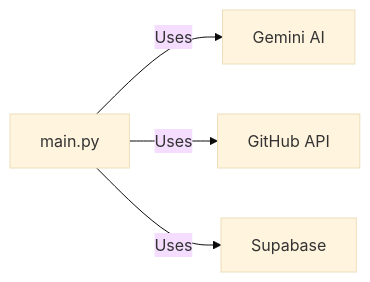
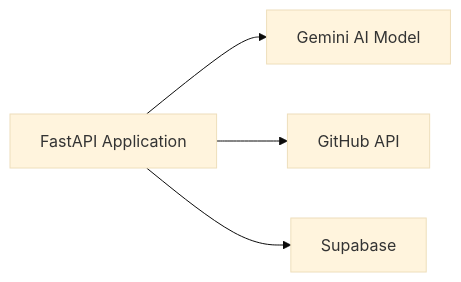
Before and after one commit to shivangjain03/github-doc: the second of 2 diagrams in docs.md, drawn with Mermaid (base theme). The commit also changed other lines of this file, not shown here.

````diff
--- a/docs.md
+++ b/docs.md
@@ -102,6 +90,6 @@
 ```mermaid
 graph LR
-A[main.py] -->|Uses| B[Gemini AI]
-A -->|Uses| C[GitHub API]
-A -->|Uses| D[Supabase]
+  A[FastAPI Application] --> B[Gemini AI Model]
+  A --> C[GitHub API]
+  A --> D[Supabase]
 ```
````
